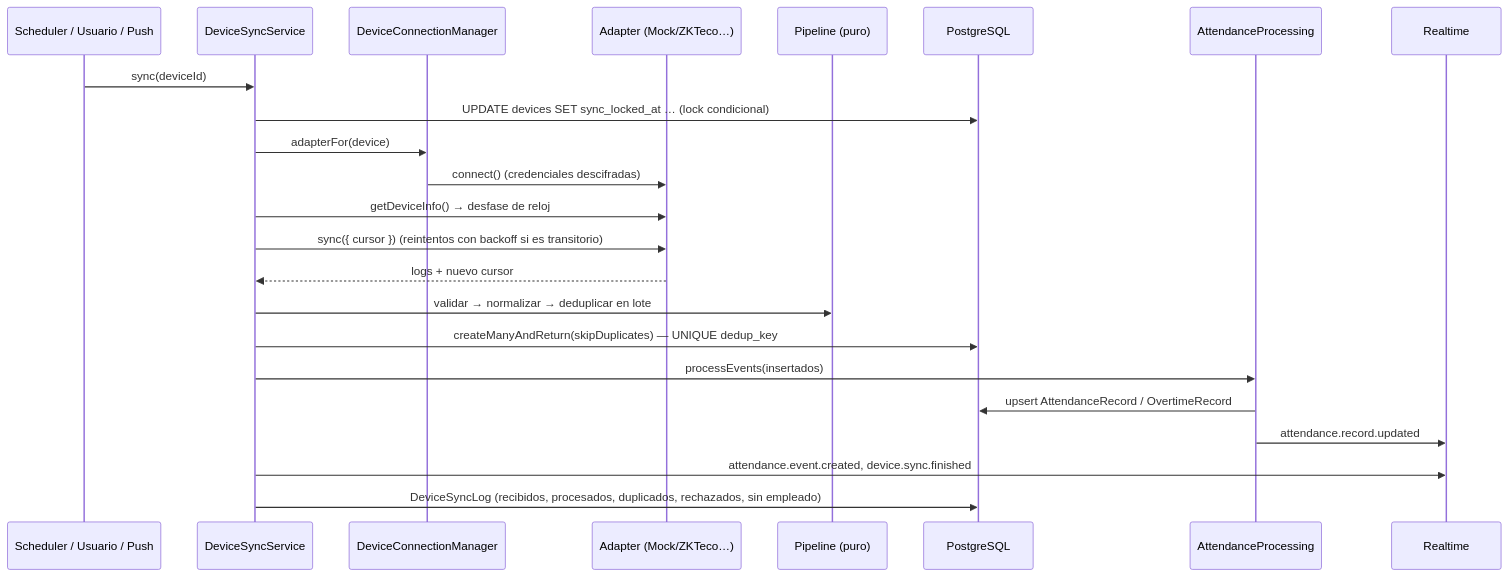
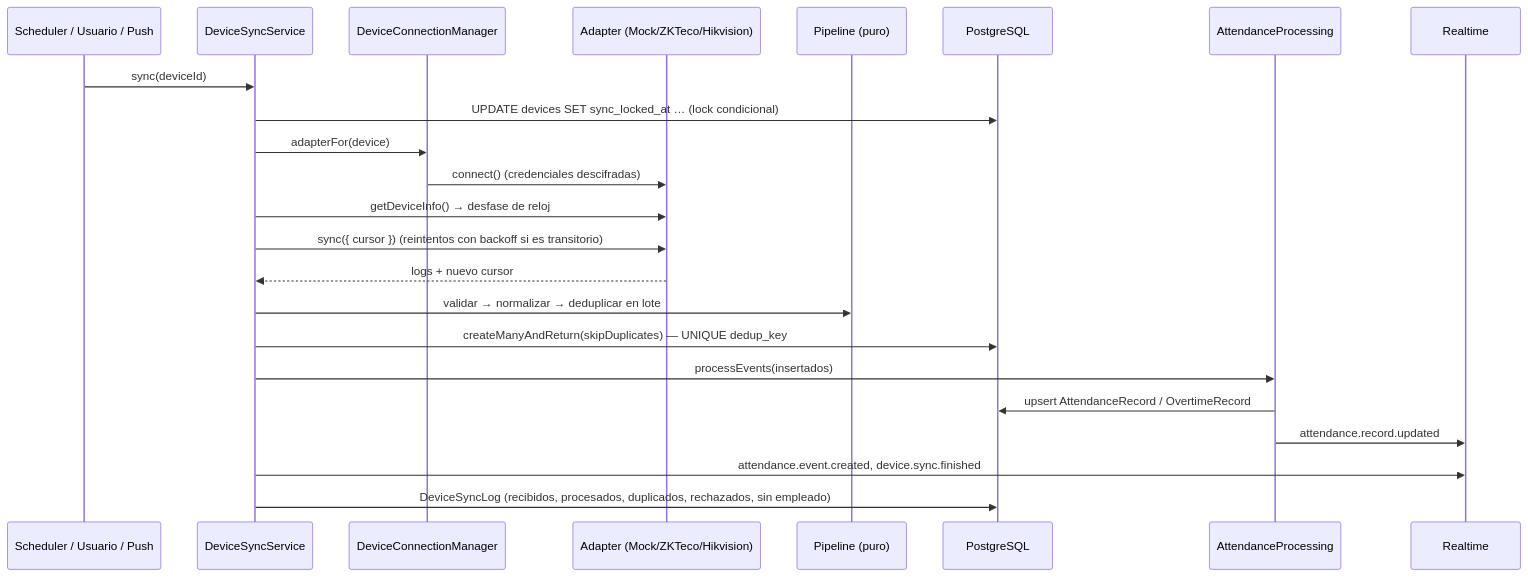
Before and after one commit to Angel17jc/AsistControl: the second of 2 diagrams in docs/architecture.md, drawn with Mermaid. The commit also changed 19 other files, not shown here.

First line of the commit message:
feat(biometric-core): add experimental Hikvision ISAPI adapter (#36)

````diff
--- a/docs/architecture.md
+++ b/docs/architecture.md
@@ -57,26 +57,26 @@
 ```mermaid
 sequenceDiagram
   participant S as Scheduler / Usuario / Push
   participant Sync as DeviceSyncService
   participant CM as DeviceConnectionManager
-  participant A as Adapter (Mock/ZKTeco…)
+  participant A as Adapter (Mock/ZKTeco/Hikvision)
   participant P as Pipeline (puro)
   participant DB as PostgreSQL
   participant AP as AttendanceProcessing
   participant RT as Realtime
 
   S->>Sync: sync(deviceId)
   Sync->>DB: UPDATE devices SET sync_locked_at … (lock condicional)
   Sync->>CM: adapterFor(device)
   CM->>A: connect() (credenciales descifradas)
   Sync->>A: getDeviceInfo() → desfase de reloj
   Sync->>A: sync({ cursor }) (reintentos con backoff si es transitorio)
   A-->>Sync: logs + nuevo cursor
   Sync->>P: validar → normalizar → deduplicar en lote
   Sync->>DB: createManyAndReturn(skipDuplicates) — UNIQUE dedup_key
   Sync->>AP: processEvents(insertados)
   AP->>DB: upsert AttendanceRecord / OvertimeRecord
   AP->>RT: attendance.record.updated
   Sync->>RT: attendance.event.created, device.sync.finished
   Sync->>DB: DeviceSyncLog (recibidos, procesados, duplicados, rechazados, sin empleado)
 ```
````
